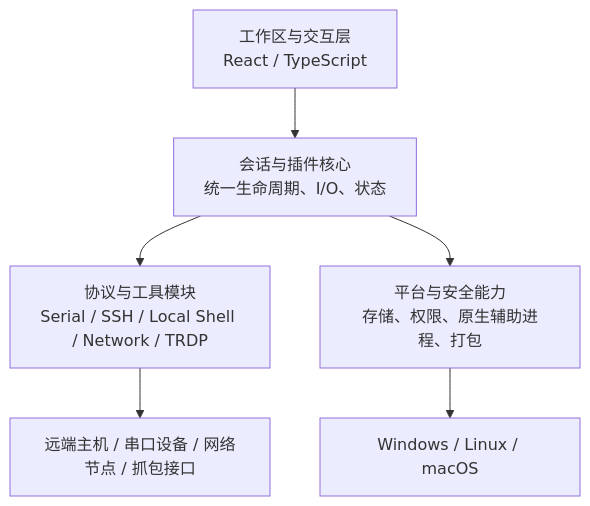
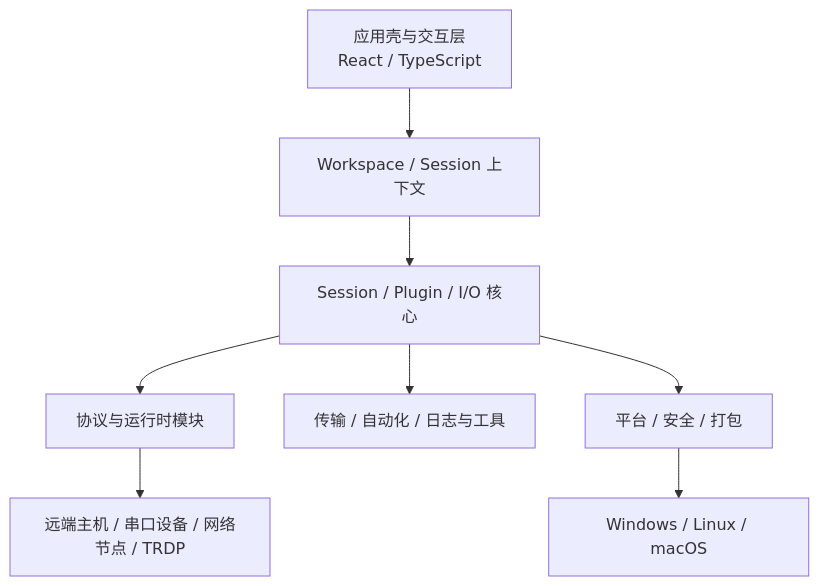
One commit to hamburger-os/TauTerm changed the diagram in docs/README.md. Above: the diagram before and after it, drawn with Mermaid. The commit also changed other lines of this file and 46 other files, not shown here.

````diff
--- a/docs/README.md
+++ b/docs/README.md
@@ -19,8 +29,10 @@
 ```mermaid
 flowchart TB
-  UI["工作区与交互层\nReact / TypeScript"] --> CORE["会话与插件核心\n统一生命周期、I/O、状态"]
-  CORE --> PROTOCOL["协议与工具模块\nSerial / SSH / Local Shell / Network / TRDP"]
-  CORE --> PLATFORM["平台与安全能力\n存储、权限、原生辅助进程、打包"]
-  PROTOCOL --> DEVICE["远端主机 / 串口设备 / 网络节点 / 抓包接口"]
+  UI["应用壳与交互层\nReact / TypeScript"] --> WS["Workspace / Session 上下文"]
+  WS --> CORE["Session / Plugin / I/O 核心"]
+  CORE --> PROTO["协议与运行时模块"]
+  CORE --> SHARED["传输 / 自动化 / 日志与工具"]
+  CORE --> PLATFORM["平台 / 安全 / 打包"]
+  PROTO --> EXT["远端主机 / 串口设备 / 网络节点 / TRDP"]
   PLATFORM --> OS["Windows / Linux / macOS"]
 ```
````
